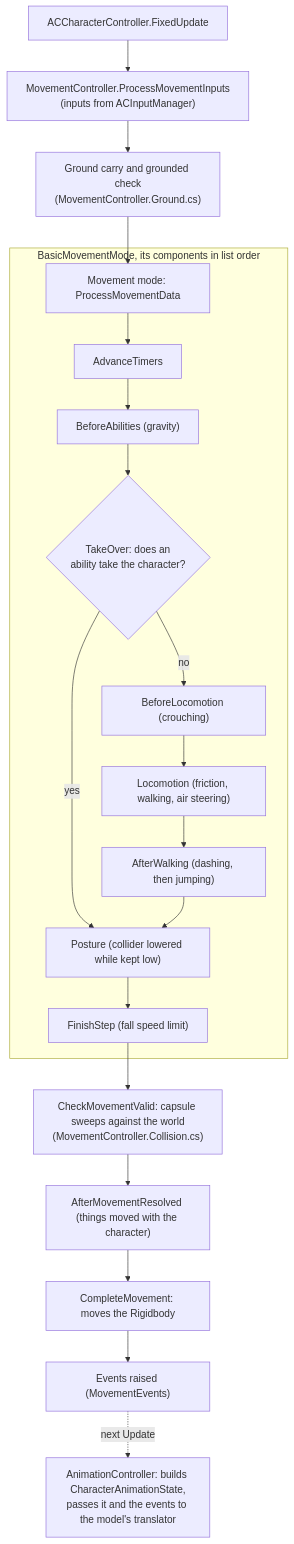
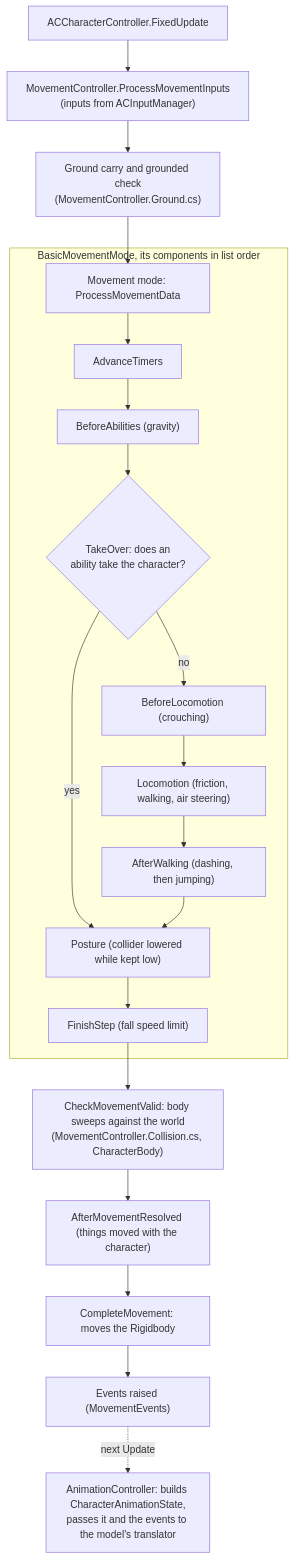
Before and after one commit to HOMMUSVAMPIRE/Character-Showcase: the first of 2 diagrams in docs/architecture.md, drawn with Mermaid. The commit also changed other lines of this file and 21 other files, not shown here.

````diff
--- a/docs/architecture.md
+++ b/docs/architecture.md
@@ -15,22 +15,22 @@
 ```mermaid
 flowchart TD
     A["ACCharacterController.FixedUpdate"] --> B["MovementController.ProcessMovementInputs<br/>(inputs from ACInputManager)"]
     B --> C["Ground carry and grounded check<br/>(MovementController.Ground.cs)"]
     C --> D["Movement mode: ProcessMovementData"]
     subgraph Mode["BasicMovementMode, its components in list order"]
         D --> D1["AdvanceTimers"]
         D1 --> D2["BeforeAbilities (gravity)"]
         D2 --> D3{"TakeOver: does an<br/>ability take the character?"}
         D3 -- no --> D4["BeforeLocomotion (crouching)"]
         D4 --> D5["Locomotion (friction, walking, air steering)"]
         D5 --> D6["AfterWalking (dashing, then jumping)"]
         D3 -- yes --> D7
         D6 --> D7["Posture (collider lowered while kept low)"]
         D7 --> D8["FinishStep (fall speed limit)"]
     end
-    D8 --> E["CheckMovementValid: capsule sweeps against the world<br/>(MovementController.Collision.cs)"]
+    D8 --> E["CheckMovementValid: body sweeps against the world<br/>(MovementController.Collision.cs, CharacterBody)"]
     E --> F["AfterMovementResolved (things moved with the character)"]
     F --> G["CompleteMovement: moves the Rigidbody"]
     G --> H["Events raised (MovementEvents)"]
     H -. "next Update" .-> I["AnimationController: builds CharacterAnimationState,<br/>passes it and the events to the model's translator"]
 ```
````
